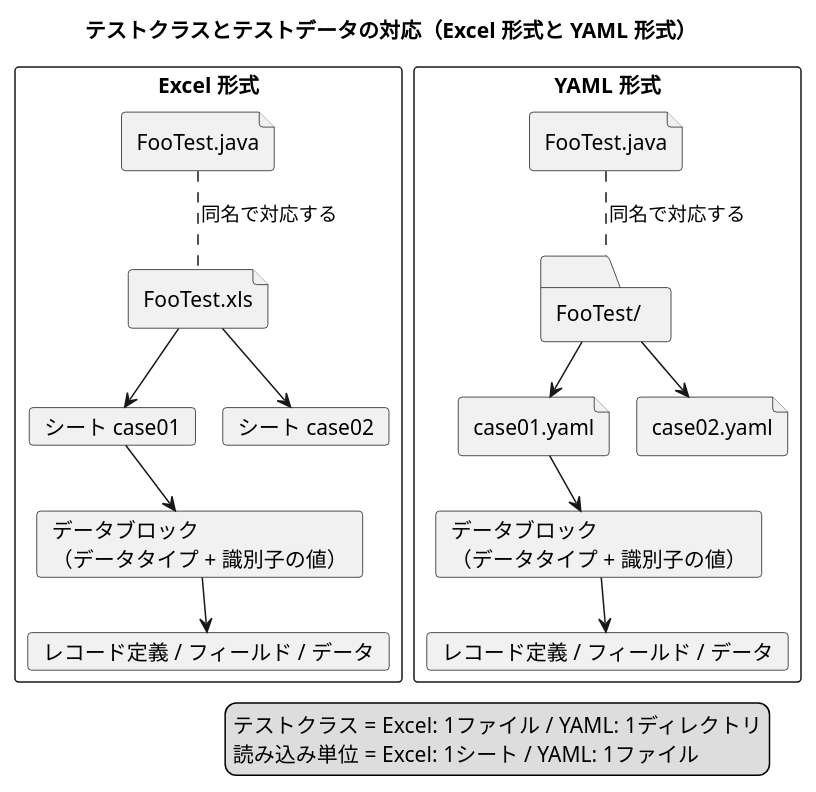
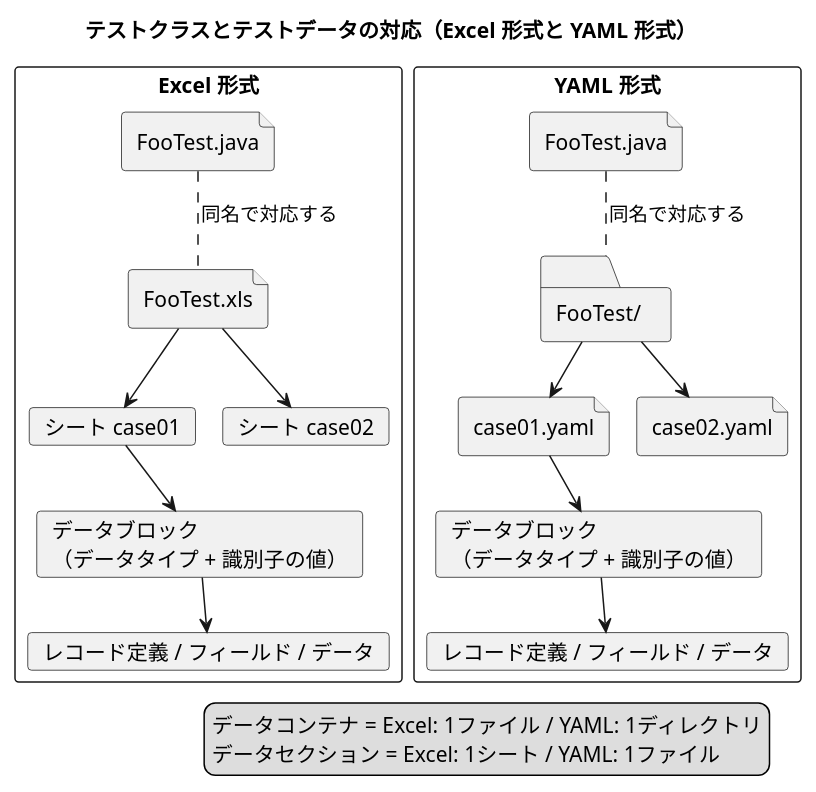
Before and after one commit to nablarch/nablarch-document: the diagram in ja/development_tools/testing_framework/implementation/images/testdata_notation/testdata_layout.puml, drawn with PlantUML. The commit also changed 19 other files, not shown here.

Commit message:
用語: 読み込み単位→データセクション、テストクラスに対応するファイル／ディレクトリ→データコンテナ。〈テストデータの書き方〉冒頭で3階層を定義し、各所の形式別の括弧書きを削除

```diff
--- a/ja/development_tools/testing_framework/implementation/images/testdata_notation/testdata_layout.puml
+++ b/ja/development_tools/testing_framework/implementation/images/testdata_notation/testdata_layout.puml
@@ -1,36 +1,36 @@
 @startuml
 !pragma layout smetana
 skinparam shadowing false
 skinparam defaultFontName "Noto Sans JP"
 title テストクラスとテストデータの対応（Excel 形式と YAML 形式）
 rectangle "Excel 形式" as E {
   file "FooTest.java" as EJ
   file "FooTest.xls" as EX
   card "シート case01" as ES1
   card "シート case02" as ES2
   card "データブロック\n（データタイプ + 識別子の値）" as EB
   card "レコード定義 / フィールド / データ" as ER
   EJ .. EX : 同名で対応する
   EX --> ES1
   EX --> ES2
   ES1 --> EB
   EB --> ER
 }
 rectangle "YAML 形式" as Y {
   file "FooTest.java" as YJ
   folder "FooTest/" as YD
   file "case01.yaml" as YS1
   file "case02.yaml" as YS2
   card "データブロック\n（データタイプ + 識別子の値）" as YB
   card "レコード定義 / フィールド / データ" as YR
   YJ .. YD : 同名で対応する
   YD --> YS1
   YD --> YS2
   YS1 --> YB
   YB --> YR
 }
 legend right
-  テストクラス = Excel: 1ファイル / YAML: 1ディレクトリ
-  読み込み単位 = Excel: 1シート / YAML: 1ファイル
+  データコンテナ = Excel: 1ファイル / YAML: 1ディレクトリ
+  データセクション = Excel: 1シート / YAML: 1ファイル
 endlegend
 @enduml
```
